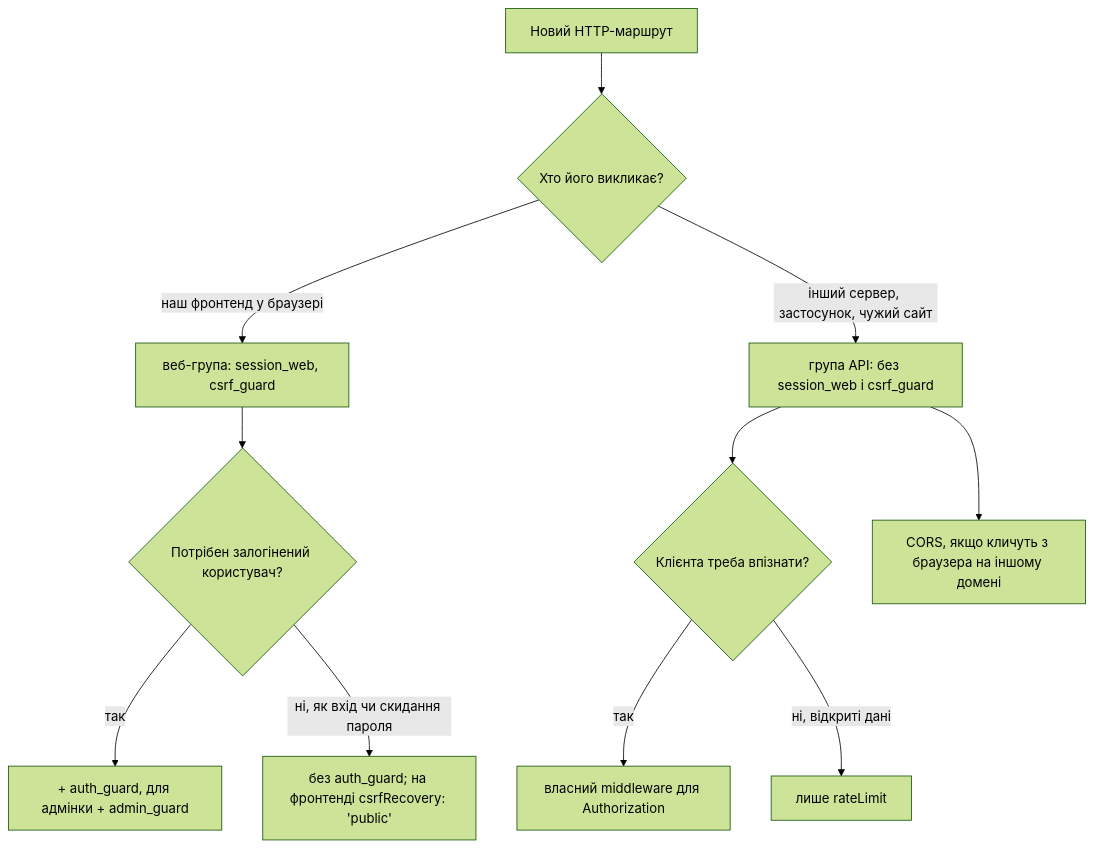
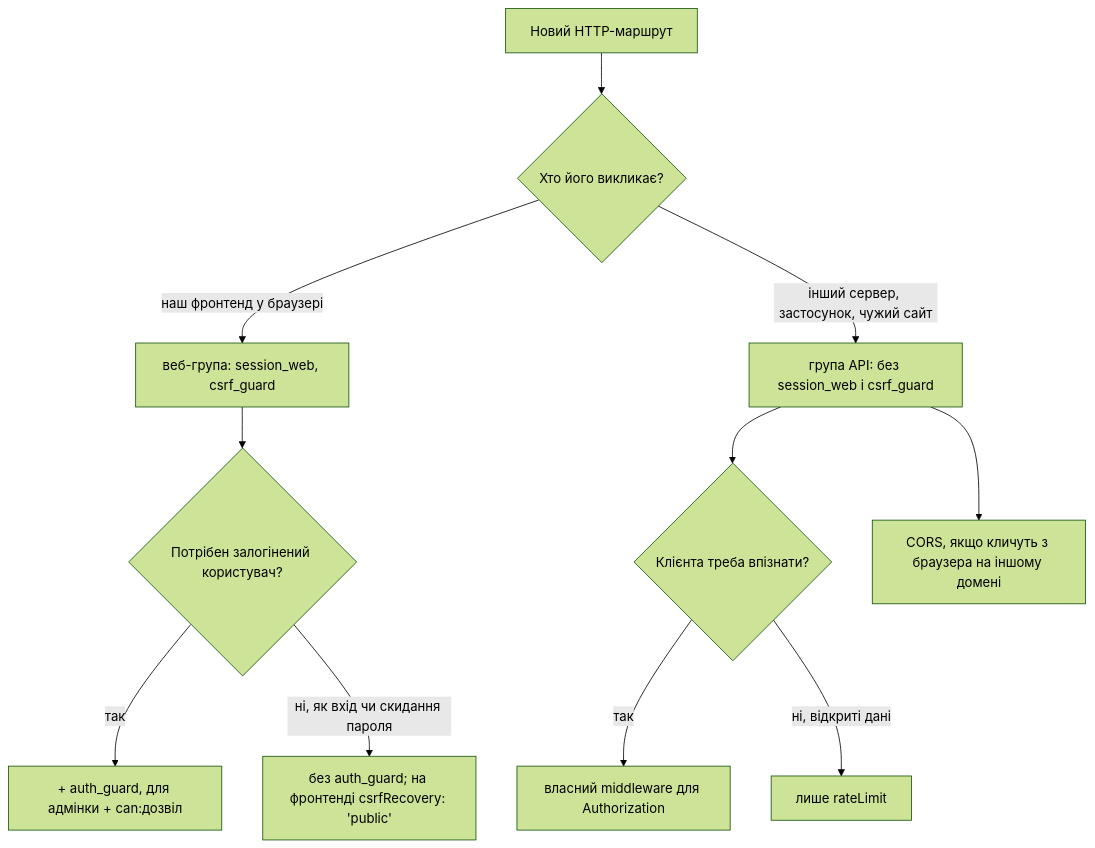
Before and after one commit to Blazheiko/vibe-template: the diagram in documentation/backend/web-and-api-routes.md, drawn with Mermaid (forest theme). The commit also changed other lines of this file and 42 other files, not shown here.

````diff
--- a/documentation/backend/web-and-api-routes.md
+++ b/documentation/backend/web-and-api-routes.md
@@ -209,13 +209,13 @@
 ```mermaid
 flowchart TD
   A[Новий HTTP-маршрут] --> B{Хто його викликає?}
   B -->|наш фронтенд у браузері| C[веб-група: session_web, csrf_guard]
   C --> D{Потрібен залогінений користувач?}
-  D -->|так| E[+ auth_guard, для адмінки + admin_guard]
+  D -->|так| E[+ auth_guard, для адмінки + can:дозвіл]
   D -->|ні, як вхід чи скидання пароля| F[без auth_guard; на фронтенді csrfRecovery: 'public']
   B -->|інший сервер, застосунок, чужий сайт| G[група API: без session_web і csrf_guard]
   G --> H{Клієнта треба впізнати?}
   H -->|так| I[власний middleware для Authorization]
   H -->|ні, відкриті дані| J[лише rateLimit]
   G --> K[CORS, якщо кличуть з браузера на іншому домені]
 ```
````
